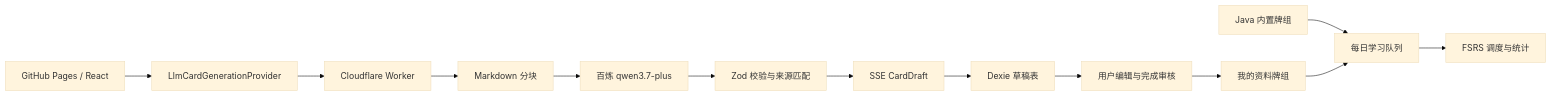
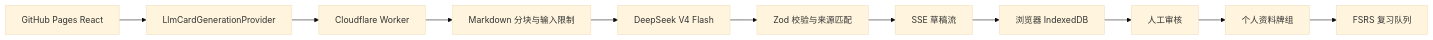
The diagram in README.md (qixiang0530-dot/RecallStack), drawn with Mermaid (base theme) before and after one commit. The commit also changed other lines of this file and 27 other files, not shown here.

````diff
--- a/README.md
+++ b/README.md
@@ -40,15 +30,13 @@
 ```mermaid
 flowchart LR
-  A["GitHub Pages / React"] --> B["LlmCardGenerationProvider"]
-  B --> C["Cloudflare Worker"]
-  C --> D["Markdown 分块"]
-  D --> E["百炼 qwen3.7-plus"]
-  E --> F["Zod 校验与来源匹配"]
-  F --> G["SSE CardDraft"]
-  G --> H["Dexie 草稿表"]
-  H --> I["用户编辑与完成审核"]
-  I --> J["我的资料牌组"]
-  K["Java 内置牌组"] --> L["每日学习队列"]
-  J --> L
-  L --> M["FSRS 调度与统计"]
+  A[GitHub Pages React] --> B[LlmCardGenerationProvider]
+  B --> C[Cloudflare Worker]
+  C --> D[Markdown 分块与输入限制]
+  D --> E[DeepSeek V4 Flash]
+  E --> F[Zod 校验与来源匹配]
+  F --> G[SSE 草稿流]
+  G --> H[浏览器 IndexedDB]
+  H --> I[人工审核]
+  I --> J[个人资料牌组]
+  J --> K[FSRS 复习队列]
 ```
````
